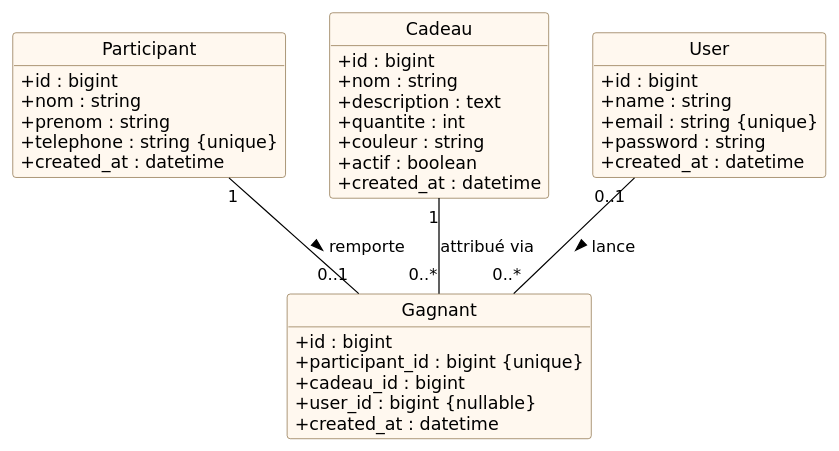
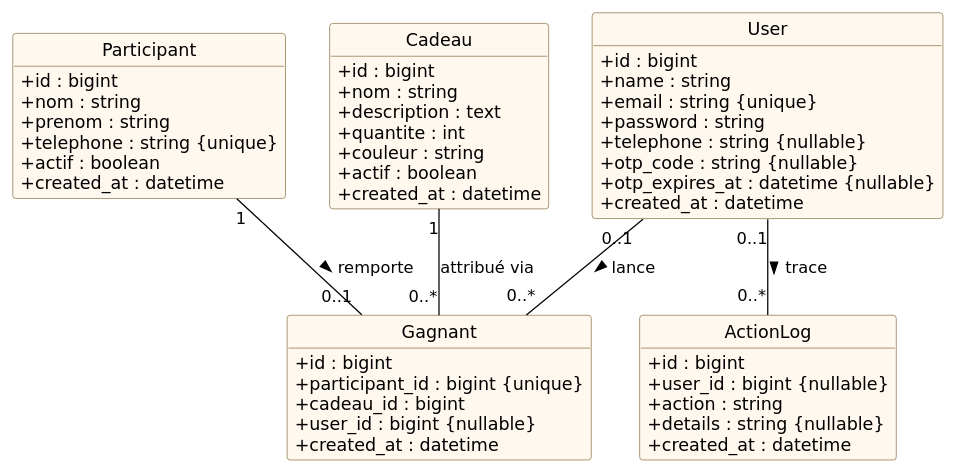
Before and after one commit to trifiyakine-09/lucky-wheel-management: the diagram in docs/uml/diagramme-classes-v2.puml, drawn with PlantUML. The commit also changed 4 other files, not shown here.

```diff
--- a/docs/uml/diagramme-classes-v2.puml
+++ b/docs/uml/diagramme-classes-v2.puml
@@ -1,52 +1,64 @@
-@startuml diagramme-classes-v2
+@startuml diagramme-classes-v3
 skinparam shadowing false
 skinparam defaultFontName DejaVu Sans
 skinparam classAttributeIconSize 0
 hide circle
 hide empty methods
 skinparam class {
   BackgroundColor #FFF8EF
   BorderColor #7A5C2E
   ArrowColor Black
 }
 
 class Participant {
   +id : bigint
   +nom : string
   +prenom : string
   +telephone : string {unique}
+  +actif : boolean
   +created_at : datetime
 }
 
 class Cadeau {
   +id : bigint
   +nom : string
   +description : text
   +quantite : int
   +couleur : string
   +actif : boolean
   +created_at : datetime
 }
 
 class Gagnant {
   +id : bigint
   +participant_id : bigint {unique}
   +cadeau_id : bigint
   +user_id : bigint {nullable}
   +created_at : datetime
 }
 
 class User {
   +id : bigint
   +name : string
   +email : string {unique}
   +password : string
+  +telephone : string {nullable}
+  +otp_code : string {nullable}
+  +otp_expires_at : datetime {nullable}
+  +created_at : datetime
+}
+
+class ActionLog {
+  +id : bigint
+  +user_id : bigint {nullable}
+  +action : string
+  +details : string {nullable}
   +created_at : datetime
 }
 
 Participant "1" -- "0..1" Gagnant : remporte >
 Cadeau "1" -- "0..*" Gagnant : attribué via
 User "0..1" -- "0..*" Gagnant : lance >
-
+User "0..1" -- "0..*" ActionLog : trace >
 
 @enduml
```
